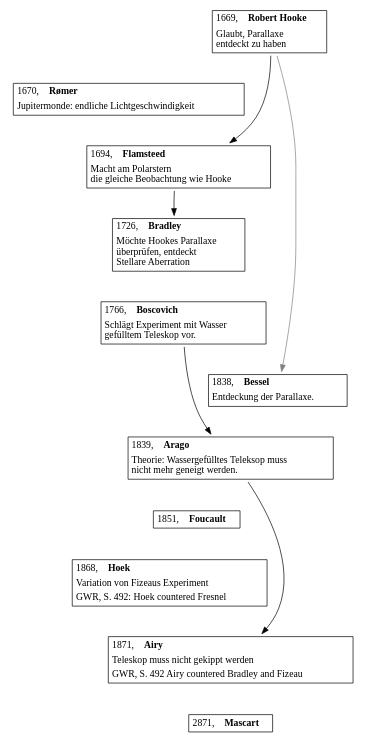
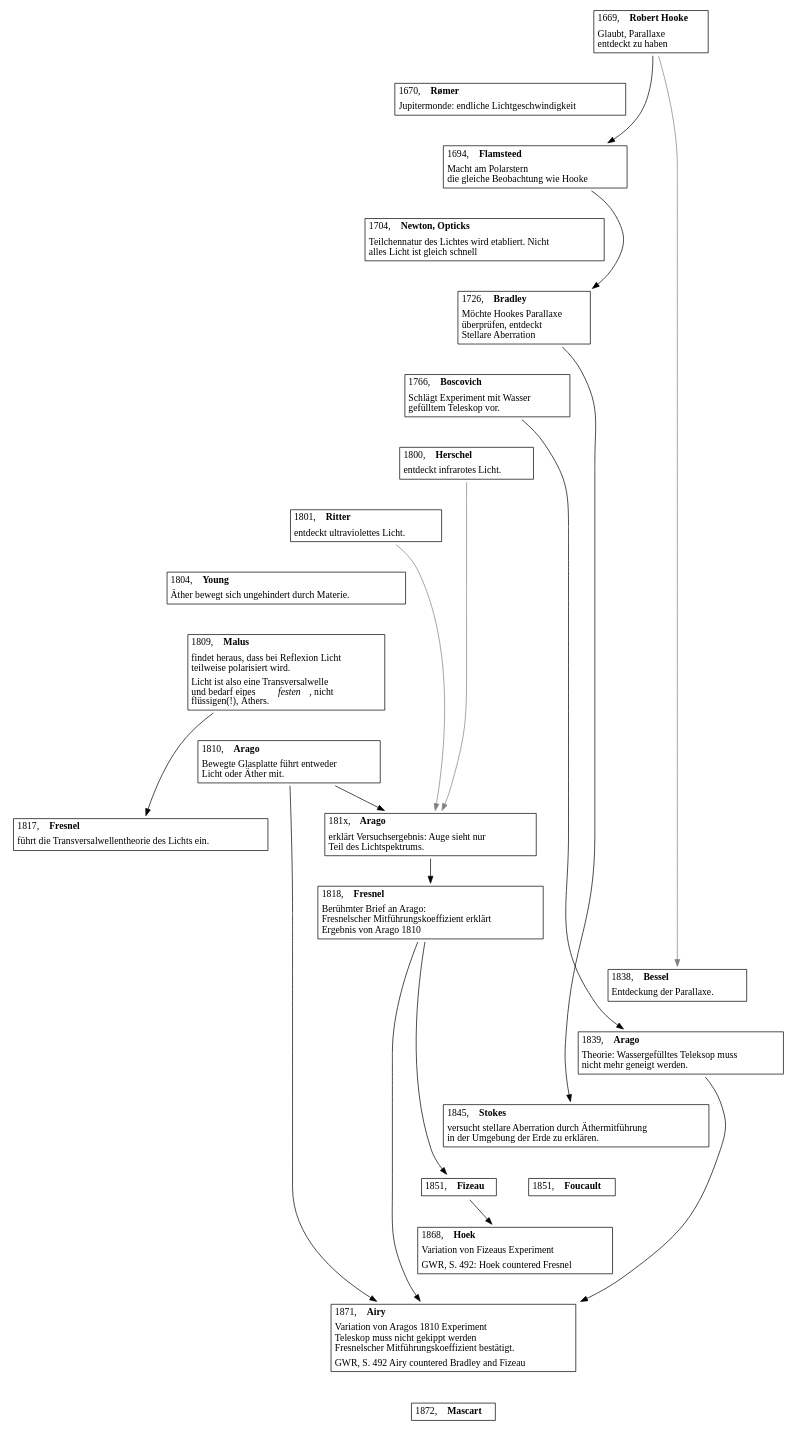
One commit to ReneNyffenegger/Geschichte-der-Wissenschaft changed the diagram in Ablauf.dot. Above: the diagram before and after it, drawn with Graphviz.

Commit message:
more items

```diff
--- a/Ablauf.dot
+++ b/Ablauf.dot
@@ -30,6 +30,15 @@
      >
    ];
 
+   j_1704_Newton [
+     label = <
+       <table border="1" cellborder="0">
+       <tr><td align="left">1704, <b>Newton, Opticks</b></td></tr>
+       <tr><td align="left">Teilchennatur des Lichtes wird etabliert. Nicht<br align="left"/>alles Licht ist gleich schnell<br align="left"/></td></tr>
+       </table>
+     >
+   ];
+
    j_1726_Bradley [
      label = <
        <table border="1" cellborder="0">
@@ -47,6 +56,83 @@
        </table>
      >
    ];
+
+   j_1800_Herschel [
+     label = <
+       <table border="1" cellborder="0">
+       <tr><td align="left">1800, <b>Herschel</b></td></tr>
+       <tr><td align="left">entdeckt infrarotes Licht.</td></tr>
+       </table>
+     >
+   ];
+
+   j_1801_Ritter [
+     label = <
+       <table border="1" cellborder="0">
+       <tr><td align="left">1801, <b>Ritter</b></td></tr>
+       <tr><td align="left">entdeckt ultraviolettes Licht.</td></tr>
+       </table>
+     >
+   ];
+
+   j_1804_Young [
+     label = <
+       <table border="1" cellborder="0">
+       <tr><td align="left">1804, <b>Young</b></td></tr>
+       <tr><td align="left">Äther bewegt sich ungehindert durch Materie.</td></tr>
+       </table>
+     >
+   ];
+
+   j_1809_Malus [
+     label = <
+       <table border="1" cellborder="0">
+       <tr><td align="left">1809, <b>Malus</b></td></tr>
+       <tr><td align="left">findet heraus, dass bei Reflexion Licht<br align="left"/>teilweise polarisiert wird.<br align="left"/></td></tr>
+       <tr><td align="left">Licht ist also eine Transversalwelle<br align="left"/>und bedarf eines <i>festen</i>, nicht<br align="left"/>flüssigen(!), Äthers.<br align="left"/></td></tr>
+       </table>
+     >
+   ];
+
+   j_1810_Arago [
+     label = <
+       <table border="1" cellborder="0">
+       <tr><td align="left">1810, <b>Arago</b></td></tr>
+       <tr><td align="left">Bewegte Glasplatte führt entweder<br align="left"/>Licht oder Äther mit.<br align="left"/></td></tr>
+       </table>
+     >
+   ];
+
+   j_181x_Arago [
+     label = <
+       <table border="1" cellborder="0">
+       <tr><td align="left">181x, <b>Arago</b></td></tr>
+       <tr><td align="left">erklärt Versuchsergebnis: Auge sieht nur<br align="left"/>Teil des Lichtspektrums.<br align="left"/></td></tr>
+       </table>
+     >
+   ];
+   j_1800_Herschel -> j_181x_Arago [color=grey];
+   j_1801_Ritter   -> j_181x_Arago [color=grey];
+   j_1810_Arago    -> j_181x_Arago;
+
+   j_1817_Fresnel [
+     label = <
+       <table border="1" cellborder="0">
+       <tr><td align="left">1817, <b>Fresnel</b></td></tr>
+       <tr><td align="left">führt die Transversalwellentheorie des Lichts ein.</td></tr>
+       </table>
+     >
+   ];
+
+   j_1818_Fresnel [
+     label = <
+       <table border="1" cellborder="0">
+       <tr><td align="left">1818, <b>Fresnel</b></td></tr>
+       <tr><td align="left">Berühmter Brief an Arago:<br align="left"/>Fresnelscher Mitführungskoeffizient erklärt<br align="left"/>Ergebnis von Arago 1810<br align="left"/></td></tr>
+       </table>
+     >
+   ];
+   j_181x_Arago -> j_1818_Fresnel;
 
    j_1838_Bessel [
      label = <
@@ -66,6 +152,23 @@
      >
    ];
 
+   j_1845_Stokes [
+     label = <
+       <table border="1" cellborder="0">
+       <tr><td align="left">1845, <b>Stokes</b></td></tr>
+       <tr><td align="left">versucht stellare Aberration durch Äthermitführung<br align="left"/>in der Umgebung der Erde zu erklären.<br align="left"/></td></tr>
+       </table>
+     >
+   ];
+
+   j_1851_Fizeau [
+     label = <
+       <table border="1" cellborder="0">
+       <tr><td align="left">1851, <b>Fizeau</b></td></tr>
+       </table>
+     >
+   ];
+
    j_1851_Foucault [
      label = <
        <table border="1" cellborder="0">
@@ -73,6 +176,9 @@
        </table>
      >
    ];
+
+
+   {rank=same j_1851_Fizeau j_1851_Foucault}
 
    j_1868_Hoek [
      label = <
@@ -88,7 +194,7 @@
      label = <
        <table border="1" cellborder="0">
        <tr><td align="left">1871, <b>Airy</b></td></tr>
-       <tr><td align="left">Teleskop muss nicht gekippt werden</td></tr>
+       <tr><td align="left">Variation von Aragos 1810 Experiment<br align="left"/>Teleskop muss nicht gekippt werden<br align="left"/>Fresnelscher Mitführungskoeffizient bestätigt.<br align="left"/></td></tr>
        <tr><td align="left">GWR, S. 492 Airy countered Bradley and Fizeau</td></tr>
        </table>
      >
@@ -97,19 +203,30 @@
    j_1872_Mascart [
      label = <
        <table border="1" cellborder="0">
-       <tr><td align="left">2871, <b>Mascart</b></td></tr>
+       <tr><td align="left">1872, <b>Mascart</b></td></tr>
        </table>
      >
    ];
 
    j_1669_Hooke -> j_1694_Flamsteed-> j_1726_Bradley;
 
+   j_1726_Bradley -> j_1845_Stokes;
+
    j_1669_Hooke -> j_1838_Bessel [color=grey];
+
+   j_1810_Arago -> j_1871_Airy;
+   j_1818_Fresnel -> j_1851_Fizeau -> j_1868_Hoek;
+
 
    j_1766_Boscovitch-> j_1839_Arago -> j_1871_Airy;
 
-   j_1669_Hooke -> j_1670_Roemer -> j_1694_Flamsteed -> j_1726_Bradley -> j_1766_Boscovitch -> 
-   j_1838_Bessel -> j_1839_Arago -> j_1851_Foucault -> j_1868_Hoek -> j_1871_Airy ->
+   j_1809_Malus -> j_1817_Fresnel;
+
+   j_1818_Fresnel -> j_1871_Airy;
+
+
+   j_1669_Hooke -> j_1670_Roemer -> j_1694_Flamsteed -> j_1704_Newton -> j_1726_Bradley -> j_1766_Boscovitch -> j_1800_Herschel -> j_1801_Ritter -> j_1804_Young -> j_1809_Malus ->
+   j_1810_Arago-> j_1817_Fresnel -> j_1818_Fresnel -> j_1838_Bessel -> j_1839_Arago -> j_1845_Stokes -> j_1851_Foucault -> j_1868_Hoek -> j_1871_Airy ->
    j_1872_Mascart [style=invisible arrowhead=none];
 
 
```
